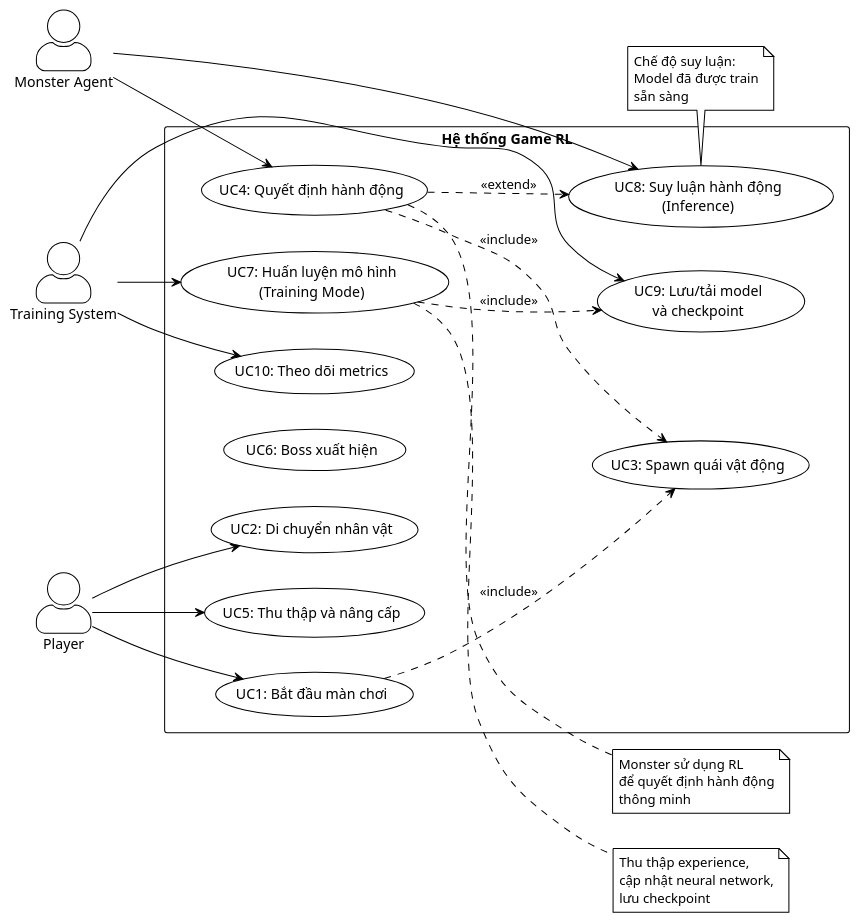
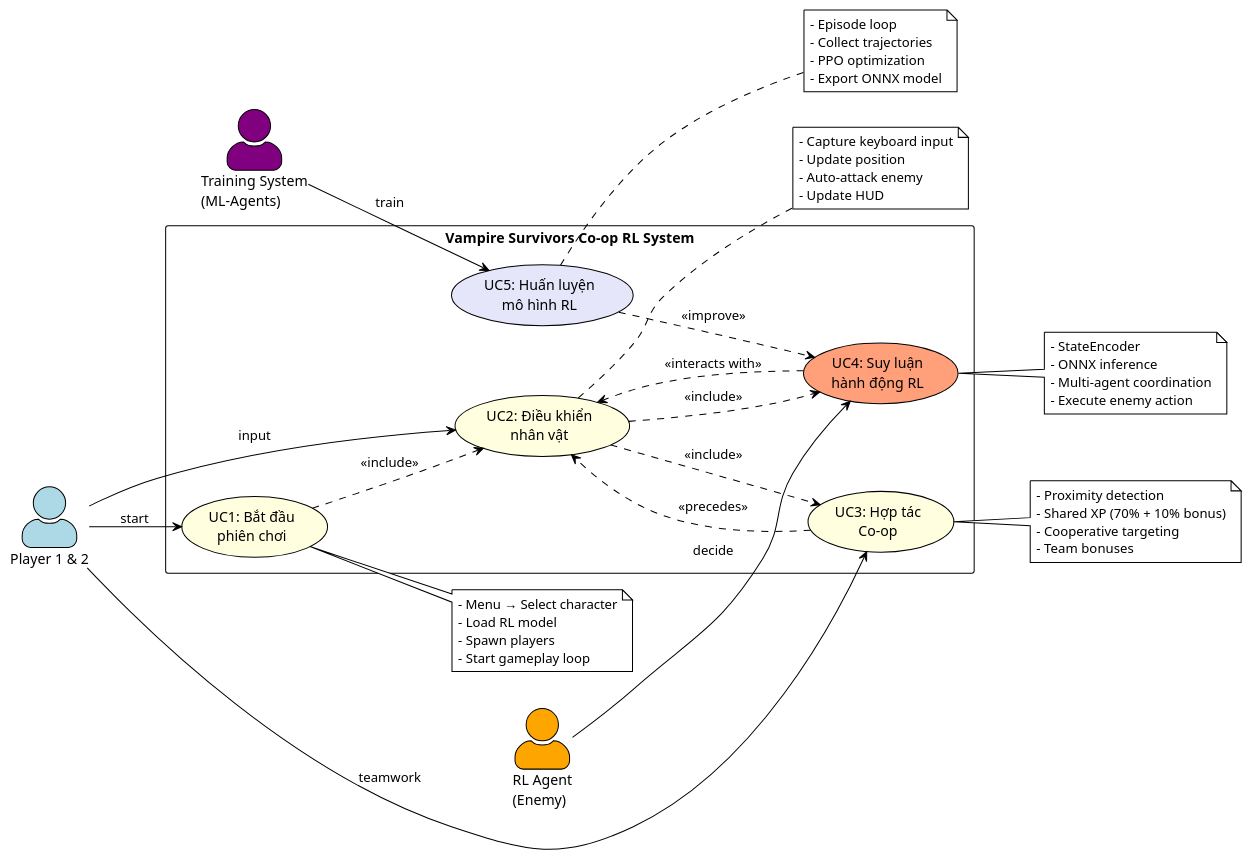
One commit to KhanhLvFlaZ/VampireSurvivors changed the first of 7 diagrams in docs/2.1_Phan_tich_he_thong.md. Above: the diagram before and after it, drawn with PlantUML. The commit also changed other lines of this file and 139 other files, not shown here.

First line of the commit message:
feat: Add use case diagrams for RL action inference and model training

````diff
--- a/docs/2.1_Phan_tich_he_thong.md
+++ b/docs/2.1_Phan_tich_he_thong.md
@@ -132,71 +61,75 @@
 ```plantuml
 @startuml
 !theme plain
 skinparam backgroundColor #FFFFFF
 skinparam actorStyle awesome
 left to right direction
 
-actor "Player" as Player
-actor "Monster Agent" as Monster
-actor "Training System" as Training
+' Actors definition
+actor "Player 1 & 2" as Player #LightBlue
+actor "RL Agent\n(Enemy)" as RLAgent #Orange
+actor "Training System\n(ML-Agents)" as Trainer #Purple
 
-rectangle "Hệ thống Game RL" {
-  ' Player use cases
-  usecase "UC1: Bắt đầu màn chơi" as UC1
-  usecase "UC2: Di chuyển nhân vật" as UC2
-  usecase "UC5: Thu thập và nâng cấp" as UC5
+' System boundary
+rectangle "Vampire Survivors Co-op RL System" {
 
-  ' System use cases
-  usecase "UC3: Spawn quái vật động" as UC3
-  usecase "UC6: Boss xuất hiện" as UC6
-
-  ' Monster Agent use cases
-  usecase "UC4: Quyết định hành động" as UC4
-  usecase "UC8: Suy luận hành động\n(Inference)" as UC8
-
-  ' Training System use cases
-  usecase "UC7: Huấn luyện mô hình\n(Training Mode)" as UC7
-  usecase "UC9: Lưu/tải model\nvà checkpoint" as UC9
-  usecase "UC10: Theo dõi metrics" as UC10
+  usecase "UC1: Bắt đầu\nphiên chơi" as UC1 #LightYellow
+  usecase "UC2: Điều khiển\nnhân vật" as UC2 #LightYellow
+  usecase "UC3: Hợp tác\nCo-op" as UC3 #LightYellow
+  usecase "UC4: Suy luận\nhành động RL" as UC4 #LightSalmon
+  usecase "UC5: Huấn luyện\nmô hình RL" as UC5 #Lavender
 }
 
-' Player connections
-Player --> UC1
-Player --> UC2
-Player --> UC5
+' === ACTOR CONNECTIONS ===
+Player --> UC1 : "start"
+Player --> UC2 : "input"
+Player --> UC3 : "teamwork"
+RLAgent --> UC4 : "decide"
+Trainer --> UC5 : "train"
 
-' Monster Agent connections
-Monster --> UC4
-Monster --> UC8
+' === USE CASE RELATIONSHIPS ===
+UC1 ..> UC2 : <<include>>
+UC2 ..> UC3 : <<include>>
+UC2 ..> UC4 : <<include>>
+UC3 ..> UC2 : <<precedes>>
+UC4 ..> UC2 : <<interacts with>>
+UC5 ..> UC4 : <<improve>>
 
-' Training System connections
-Training --> UC7
-Training --> UC9
-Training --> UC10
+' === NOTES ===
+note right of UC1
+  - Menu → Select character
+  - Load RL model
+  - Spawn players
+  - Start gameplay loop
+end note
 
-' Use case relationships
-UC4 ..> UC8 : <<extend>>
-UC4 ..> UC3 : <<include>>
-UC1 ..> UC3 : <<include>>
-UC7 ..> UC9 : <<include>>
+note right of UC2
+  - Capture keyboard input
+  - Update position
+  - Auto-attack enemy
+  - Update HUD
+end note
+
+note right of UC3
+  - Proximity detection
+  - Shared XP (70% + 10% bonus)
+  - Cooperative targeting
+  - Team bonuses
+end note
 
 note right of UC4
-  Monster sử dụng RL
-  để quyết định hành động
-  thông minh
+  - StateEncoder
+  - ONNX inference
+  - Multi-agent coordination
+  - Execute enemy action
 end note
 
-note right of UC7
-  Thu thập experience,
-  cập nhật neural network,
-  lưu checkpoint
-end note
-
-note bottom of UC8
-  Chế độ suy luận:
-  Model đã được train
-  sẵn sàng
+note right of UC5
+  - Episode loop
+  - Collect trajectories
+  - PPO optimization
+  - Export ONNX model
 end note
 
 @enduml
 ```
````
